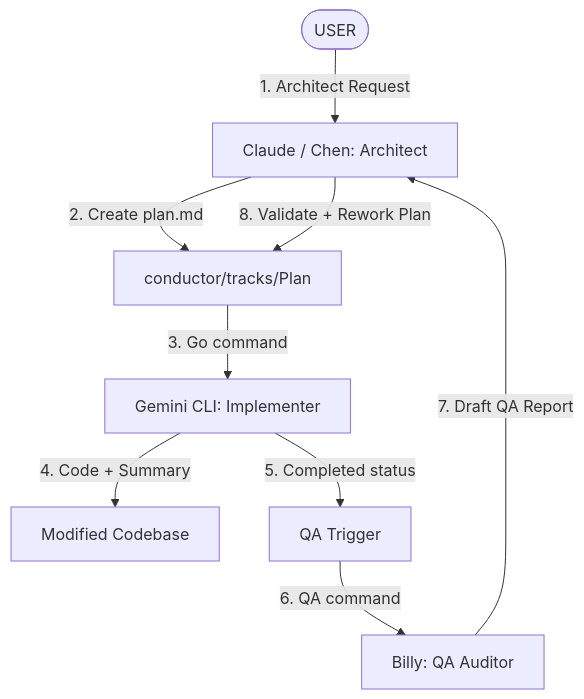
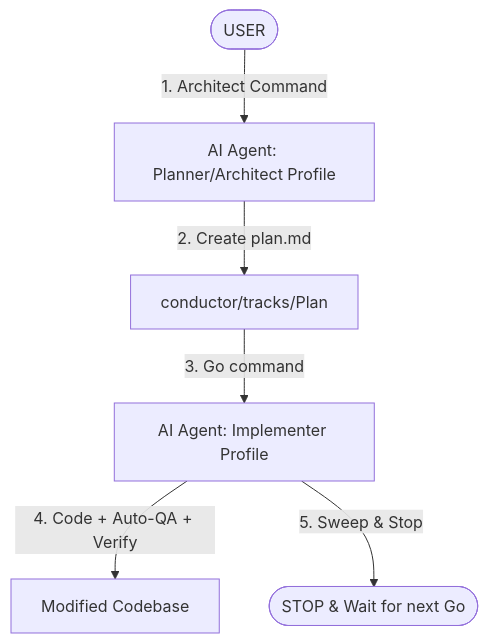
Before and after one commit to AKRA-WEB/ProjectERP: the diagram in docs/AI_WORKFLOW_GUIDE.md, drawn with Mermaid. The commit also changed other lines of this file and 44 other files, not shown here.

````diff
--- a/docs/AI_WORKFLOW_GUIDE.md
+++ b/docs/AI_WORKFLOW_GUIDE.md
@@ -38,11 +38,8 @@
 ```mermaid
 graph TD
-    User([USER]) -->|1. Architect Request| Claude[Claude / Chen: Architect]
-    Claude -->|2. Create plan.md| Plan[conductor/tracks/Plan]
-    Plan -->|3. Go command| Gemini[Gemini CLI: Implementer]
-    Gemini -->|4. Code + Summary| Code[Modified Codebase]
-    Gemini -->|5. Completed status| QA_Trigger[QA Trigger]
-    QA_Trigger -->|6. QA command| Billy[Billy: QA Auditor]
-    Billy -->|7. Draft QA Report| Claude
-    Claude -->|8. Validate + Rework Plan| Plan
+    User([USER]) -->|1. Architect Command| Agent_A[AI Agent: Planner/Architect Profile]
+    Agent_A -->|2. Create plan.md| Plan[conductor/tracks/Plan]
+    Plan -->|3. Go command| Agent_B[AI Agent: Implementer Profile]
+    Agent_B -->|4. Code + Auto-QA + Verify| Code[Modified Codebase]
+    Agent_B -->|5. Sweep & Stop| Stop([STOP & Wait for next Go])
 ```
````
